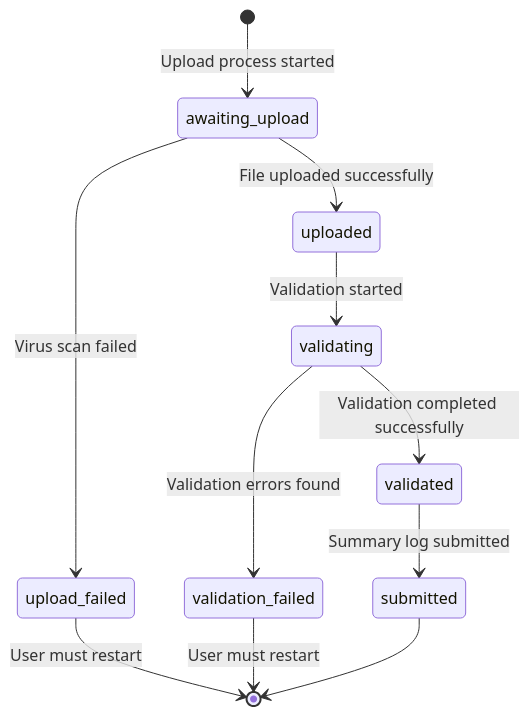
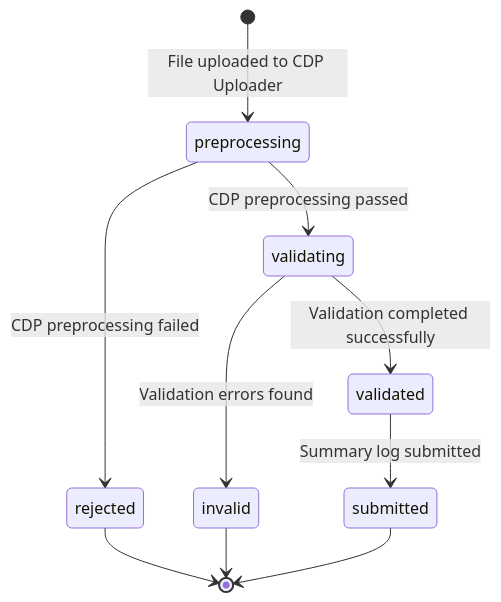
One commit to DEFRA/epr-backend changed the third of 10 diagrams in docs/architecture/discovery/pepr-hld.md. Above: the diagram before and after it, drawn with Mermaid. The commit also changed other lines of this file and 1 other file, not shown here.

Commit message:
PAE-289: Update summary log upload flow and state names (#149)

````diff
--- a/docs/architecture/discovery/pepr-hld.md
+++ b/docs/architecture/discovery/pepr-hld.md
@@ -247,13 +247,12 @@
 ```mermaid
 stateDiagram-v2
-    [*] --> awaiting_upload: Upload process started
-    awaiting_upload --> uploaded: File uploaded successfully
-    awaiting_upload --> upload_failed: Virus scan failed
-    uploaded --> validating: Validation started
-    validating --> validation_failed: Validation errors found
+    [*] --> preprocessing: File uploaded to CDP Uploader
+    preprocessing --> rejected: CDP preprocessing failed
+    preprocessing --> validating: CDP preprocessing passed
+    validating --> invalid: Validation errors found
     validating --> validated: Validation completed successfully
     validated --> submitted: Summary log submitted
-    upload_failed --> [*]: User must restart
-    validation_failed --> [*]: User must restart
+    rejected --> [*]
+    invalid --> [*]
     submitted --> [*]
 ```
````
